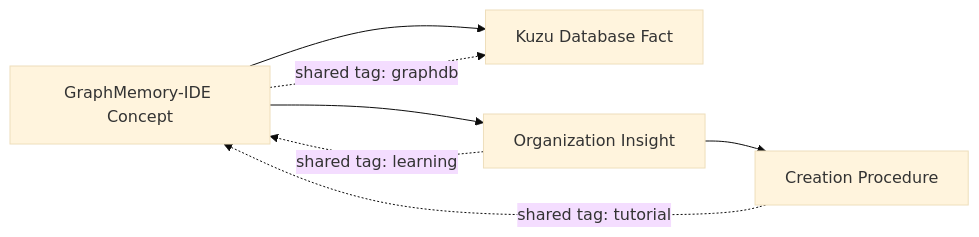
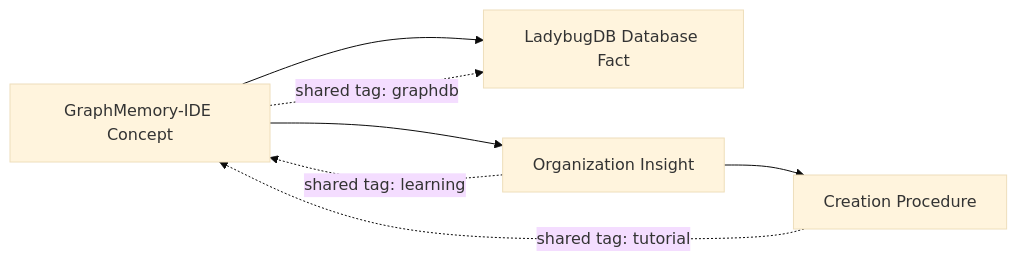
One commit to elementalcollision/GraphMemory-IDE changed the second of 3 diagrams in docs/user-guides/getting-started.md. Above: the diagram before and after it, drawn with Mermaid (base theme). The commit also changed other lines of this file and 120 other files, not shown here.

First line of the commit message:
Kuzu → LadybugDB migration (Phases 0–9 + follow-up) (#4)

````diff
--- a/docs/user-guides/getting-started.md
+++ b/docs/user-guides/getting-started.md
@@ -210,10 +210,10 @@
 ```mermaid
 graph LR
-    M1[GraphMemory-IDE Concept] --> M2[Kuzu Database Fact]
+    M1[GraphMemory-IDE Concept] --> M2[LadybugDB Database Fact]
     M1 --> M3[Organization Insight]
     M3 --> M4[Creation Procedure]
     
     M1 -.->|shared tag: graphdb| M2
     M3 -.->|shared tag: learning| M1
     M4 -.->|shared tag: tutorial| M1
 ```
````
